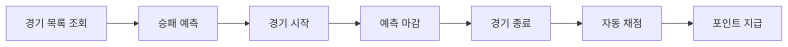
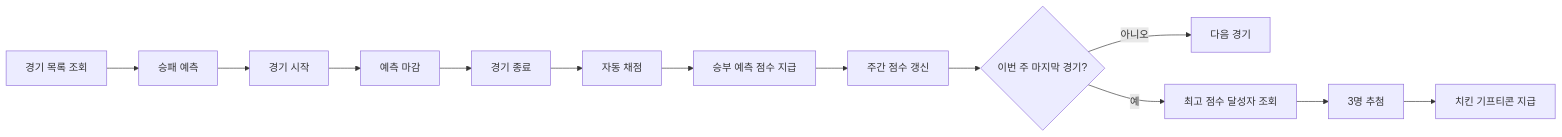
The diagram in backend/docs/prediction-prd.md (Starlight258/yagubogu-mirror), drawn with Mermaid before and after one commit. The commit also changed other lines of this file, not shown here.

````diff
--- a/backend/docs/prediction-prd.md
+++ b/backend/docs/prediction-prd.md
@@ -35,16 +35,28 @@
 ```mermaid
 flowchart LR
 
 A[경기 목록 조회]
 --> B[승패 예측]
 
 B --> C[경기 시작]
 
 C --> D[예측 마감]
 
 D --> E[경기 종료]
 
 E --> F[자동 채점]
 
-F --> G[포인트 지급]
+F --> G[승부 예측 점수 지급]
+
+G --> H[주간 점수 갱신]
+
+H --> I{이번 주 마지막 경기?}
+
+I -- 아니오 --> J[다음 경기]
+
+I -- 예 --> K[최고 점수 달성자 조회]
+
+K --> L[3명 추첨]
+
+L --> M[치킨 기프티콘 지급]
 ```
````
